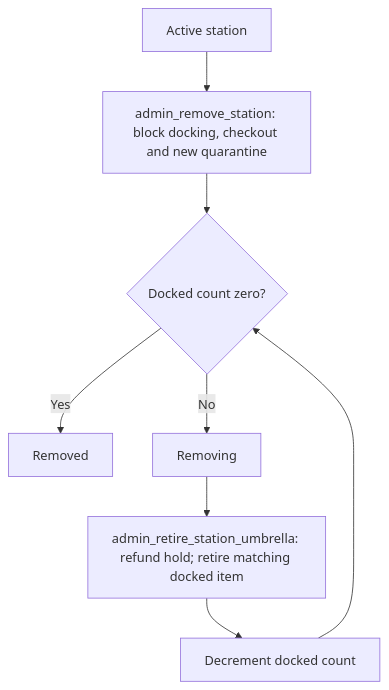
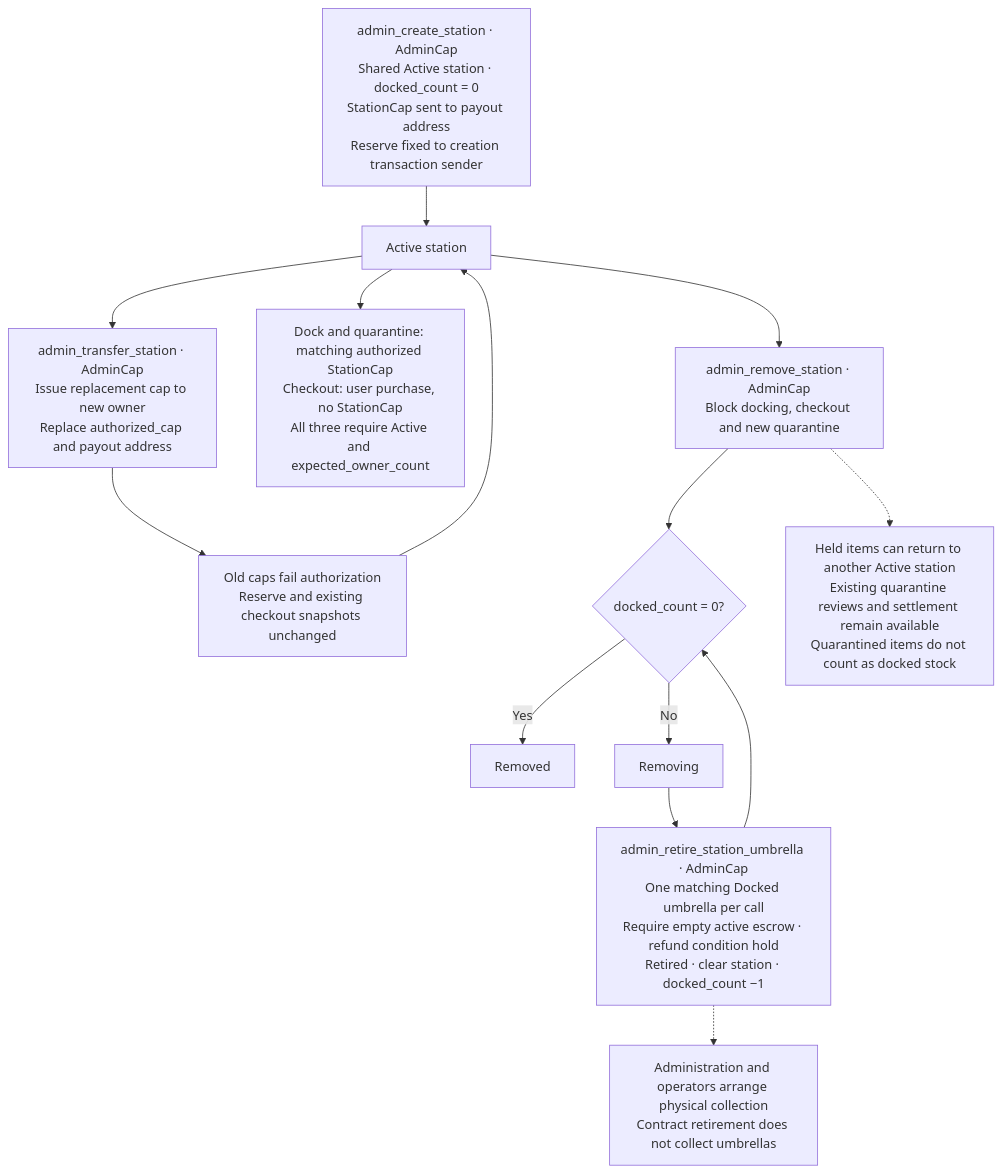
One commit to towa-hi/sui-kirisame changed the seventh of 7 diagrams in docs/project-flows.md. Above: the diagram before and after it, drawn with Mermaid. The commit also changed other lines of this file, not shown here.

Commit message:
updated project-flows

````diff
--- a/docs/project-flows.md
+++ b/docs/project-flows.md
@@ -61,10 +130,18 @@
 ```mermaid
-flowchart TD
-    Active["Active station"] --> Remove["admin_remove_station: block docking, checkout and new quarantine"]
-    Remove --> Count{"Docked count zero?"}
-    Count -->|Yes| Removed["Removed"]
-    Count -->|No| Removing["Removing"]
-    Removing --> Retire["admin_retire_station_umbrella: refund hold; retire matching docked item"]
-    Retire --> Decrement["Decrement docked count"]
-    Decrement --> Count
+flowchart TB
+    Create["admin_create_station · AdminCap<br/>Shared Active station · docked_count = 0<br/>StationCap sent to payout address<br/>Reserve fixed to creation transaction sender"]
+    Active["Active station"]
+    Create --> Active
+    Active --> Transfer["admin_transfer_station · AdminCap<br/>Issue replacement cap to new owner<br/>Replace authorized_cap and payout address"]
+    Transfer --> Revoked["Old caps fail authorization<br/>Reserve and existing checkout snapshots unchanged"]
+    Revoked --> Active
+    Active --> Access["Dock and quarantine: matching authorized StationCap<br/>Checkout: user purchase, no StationCap<br/>All three require Active and expected_owner_count"]
+    Active --> Remove["admin_remove_station · AdminCap<br/>Block docking, checkout and new quarantine"]
+    Remove --> Count{"docked_count = 0?"}
+    Count -->|"Yes"| Removed["Removed"]
+    Count -->|"No"| Removing["Removing"]
+    Removing --> Retire["admin_retire_station_umbrella · AdminCap<br/>One matching Docked umbrella per call<br/>Require empty active escrow · refund condition hold<br/>Retired · clear station · docked_count −1"]
+    Retire --> Count
+    Remove -.-> Unaffected["Held items can return to another Active station<br/>Existing quarantine reviews and settlement remain available<br/>Quarantined items do not count as docked stock"]
+    Retire -.-> Physical["Administration and operators arrange physical collection<br/>Contract retirement does not collect umbrellas"]
 ```
````
